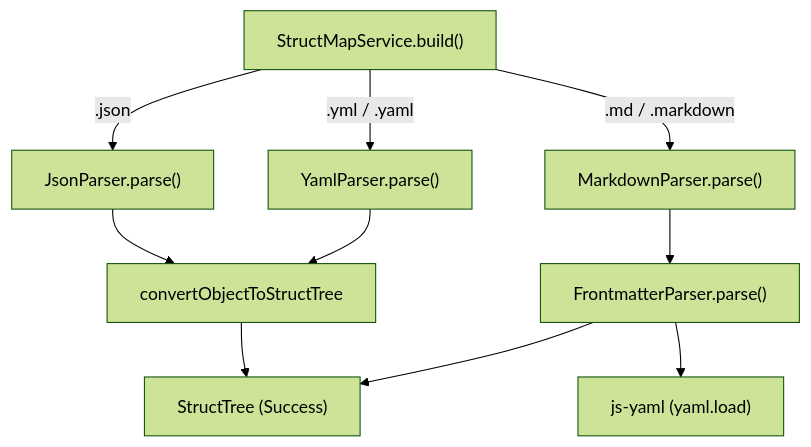
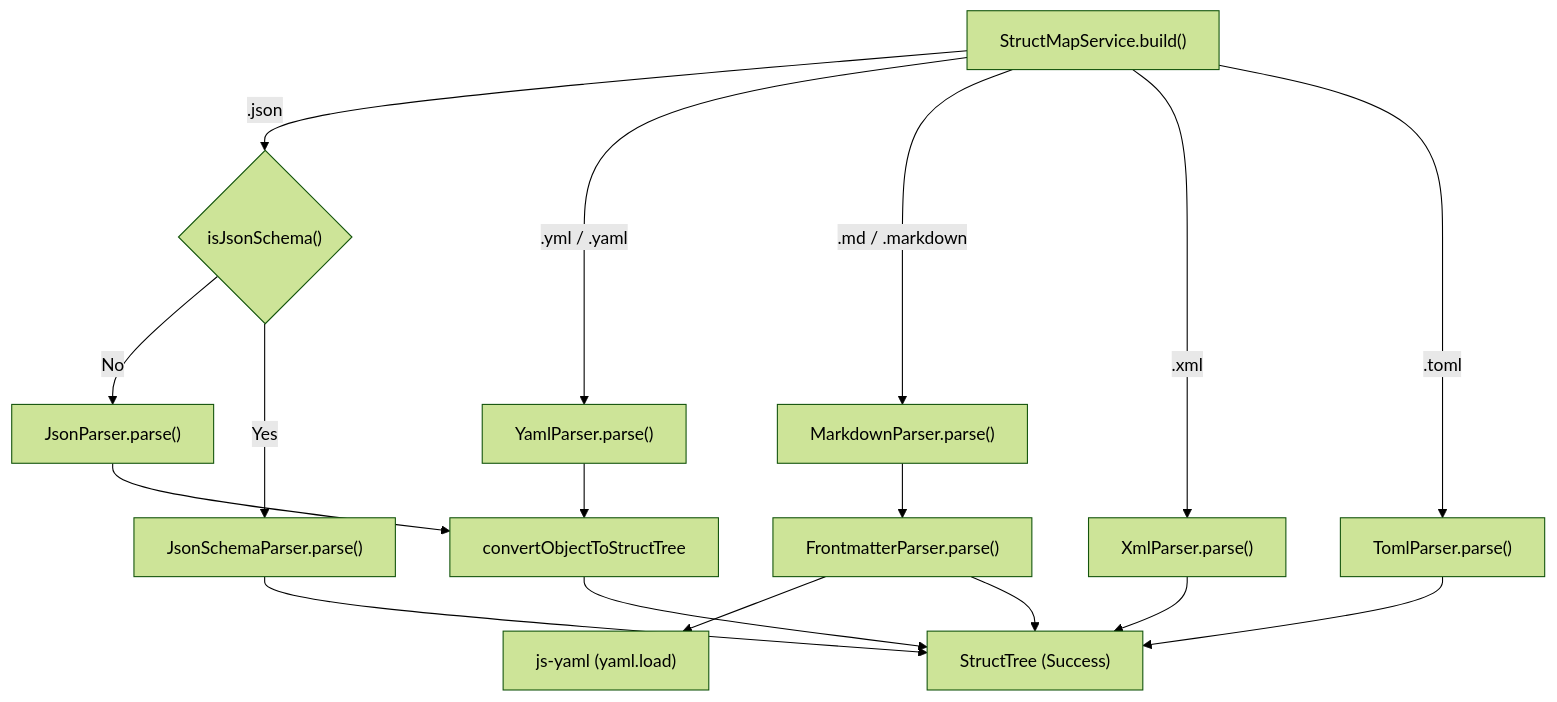
One commit to masanori-satake/StructMap-Solo changed the third of 3 diagrams in docs/DATA_MODEL_AND_PARSERS.md. Above: the diagram before and after it, drawn with Mermaid (forest theme). The commit also changed other lines of this file and 7 other files, not shown here.

````diff
--- a/docs/DATA_MODEL_AND_PARSERS.md
+++ b/docs/DATA_MODEL_AND_PARSERS.md
@@ -145,16 +154,23 @@
 ```mermaid
 graph TD
     Service["StructMapService.build()"]
 
-    Service -->|".json"| JP["JsonParser.parse()"]
+    Service -->|".json"| SchemaDetect{"isJsonSchema()"}
+    SchemaDetect -->|No| JP["JsonParser.parse()"]
+    SchemaDetect -->|Yes| JSP["JsonSchemaParser.parse()"]
     Service -->|".yml / .yaml"| YP["YamlParser.parse()"]
     Service -->|".md / .markdown"| MP["MarkdownParser.parse()"]
+    Service -->|".xml"| XP["XmlParser.parse()"]
+    Service -->|".toml"| TP["TomlParser.parse()"]
 
     JP --> Converter["convertObjectToStructTree"]
     YP --> Converter
     MP --> FP["FrontmatterParser.parse()"]
     FP --> JSYaml["js-yaml (yaml.load)"]
 
     Converter --> Tree["StructTree (Success)"]
     FP --> Tree
+    XP --> Tree
+    TP --> Tree
+    JSP --> Tree
 ```
````
